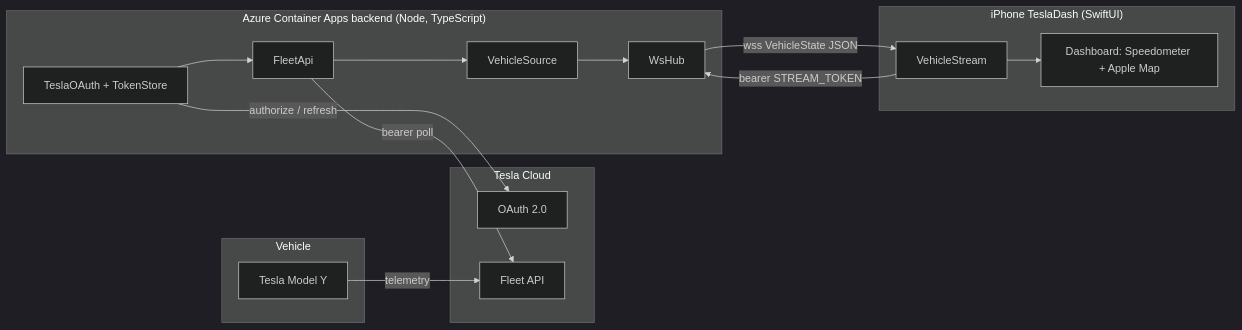
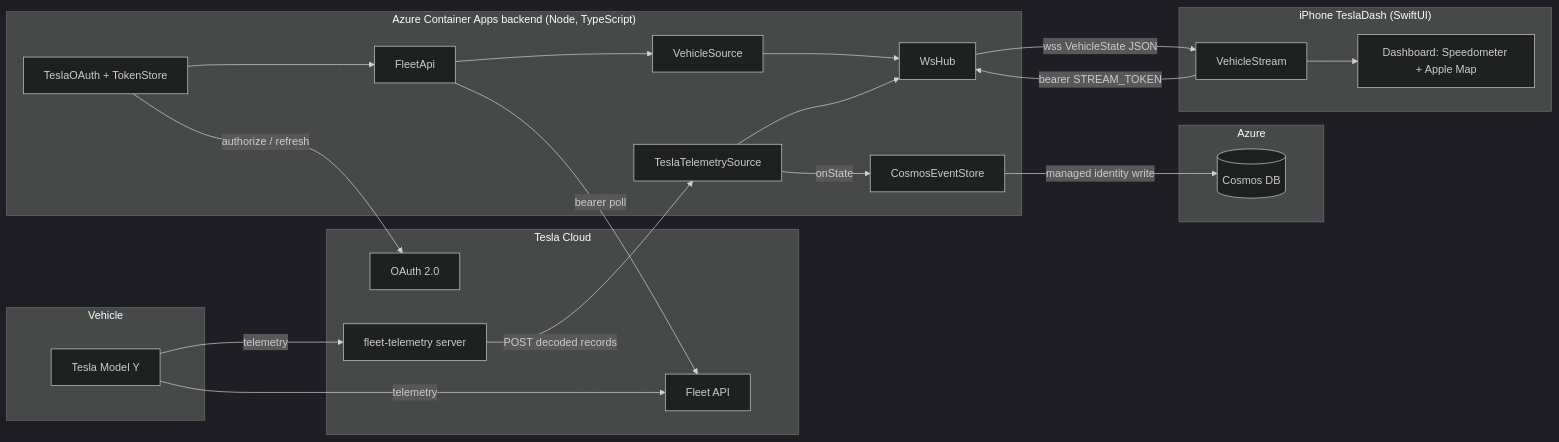
One commit to restlessankyyy/voltpit changed the first of 3 diagrams in docs/ARCHITECTURE.md. Above: the diagram before and after it, drawn with Mermaid (dark theme). The commit also changed other lines of this file and 16 other files, not shown here.

First line of the commit message:
feat: add Tesla fleet-telemetry source and Cosmos event persistence

````diff
--- a/docs/ARCHITECTURE.md
+++ b/docs/ARCHITECTURE.md
@@ -9,29 +9,40 @@
 ```mermaid
 flowchart LR
     subgraph Vehicle
         Car["Tesla Model Y"]
     end
     subgraph TeslaCloud["Tesla Cloud"]
         OAuth["OAuth 2.0"]
         Fleet["Fleet API"]
+        Telemetry["fleet-telemetry server"]
     end
     subgraph Backend["Azure Container Apps backend (Node, TypeScript)"]
         OAuthMod["TeslaOAuth + TokenStore"]
         FleetClient["FleetApi"]
         Sources["VehicleSource"]
+        TelemetrySrc["TeslaTelemetrySource"]
+        Cosmos["CosmosEventStore"]
         Hub["WsHub"]
+    end
+    subgraph Azure["Azure"]
+        CosmosDB[("Cosmos DB")]
     end
     subgraph iOS["iPhone TeslaDash (SwiftUI)"]
         Stream["VehicleStream"]
         UI["Dashboard: Speedometer + Apple Map"]
     end
 
     Car -->|telemetry| Fleet
+    Car -->|telemetry| Telemetry
     OAuthMod -->|authorize / refresh| OAuth
     OAuthMod --> FleetClient
     FleetClient -->|bearer poll| Fleet
     FleetClient --> Sources --> Hub
+    Telemetry -->|POST decoded records| TelemetrySrc
+    TelemetrySrc --> Hub
+    TelemetrySrc -->|onState| Cosmos
+    Cosmos -->|managed identity write| CosmosDB
     Hub -->|wss VehicleState JSON| Stream
     Stream -->|bearer STREAM_TOKEN| Hub
     Stream --> UI
 ```
````
